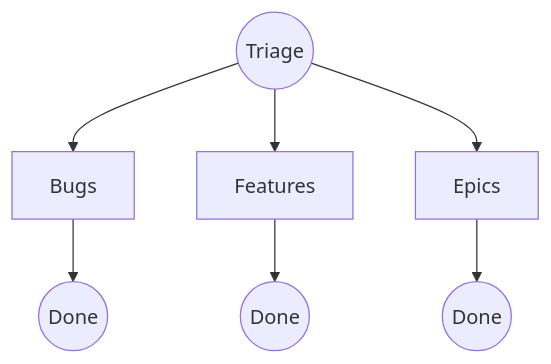
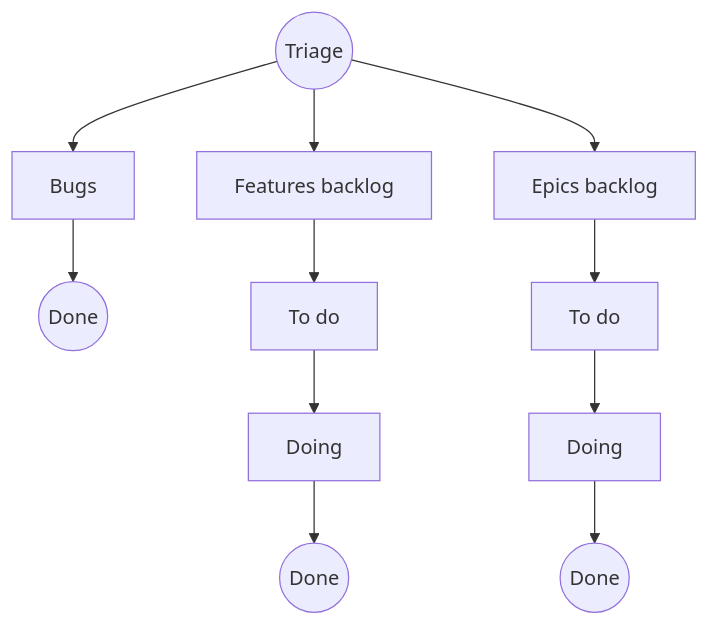
One commit to ondafactory/.github changed the diagram in profile/README.md. Above: the diagram before and after it, drawn with Mermaid. The commit also changed other lines of this file, not shown here.

````diff
--- a/profile/README.md
+++ b/profile/README.md
@@ -49,11 +50,20 @@
 ```mermaid
 flowchart TD
   triage((Triage))
-  triage --> bugs[Bugs]
-  triage --> features[Features]
-  triage --> epics[Epics]
 
-  bugs --> done1((Done))
-  features --> done2((Done))
-  epics --> done3((Done))
+  %% Bugs
+  triage --> bugs_backlog[Bugs]
+  bugs_backlog --> bugs_done((Done))
+
+  %% Features
+  triage --> feat_backlog[Features backlog]
+  feat_backlog --> feat_todo[To do]
+  feat_todo --> feat_doing[Doing]
+  feat_doing --> feat_done((Done))
+
+  %% Epics
+  triage --> epic_backlog[Epics backlog]
+  epic_backlog --> epic_todo[To do]
+  epic_todo --> epic_doing[Doing]
+  epic_doing --> epic_done((Done))
 ```
````
